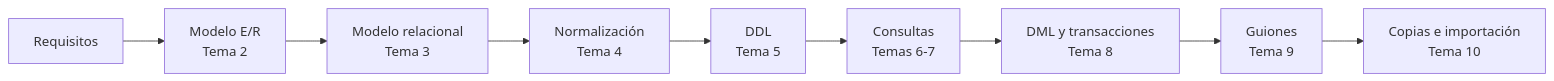
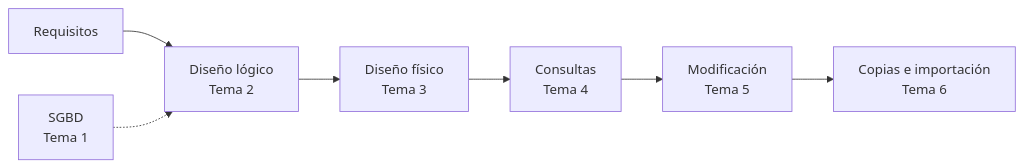
Before and after one commit to LorenaLResusta/GBD: the diagram in content.es/_index.md, drawn with Mermaid. The commit also changed other lines of this file and 134 other files, not shown here.

````diff
--- a/content.es/_index.md
+++ b/content.es/_index.md
@@ -24,11 +24,9 @@
 ```mermaid
 flowchart LR
-    A[Requisitos] --> B[Modelo E/R<br/>Tema 2]
-    B --> C[Modelo relacional<br/>Tema 3]
-    C --> D[Normalización<br/>Tema 4]
-    D --> E[DDL<br/>Tema 5]
-    E --> F[Consultas<br/>Temas 6-7]
-    F --> G[DML y transacciones<br/>Tema 8]
-    G --> H[Guiones<br/>Tema 9]
-    H --> J[Copias e importación<br/>Tema 10]
+    A[Requisitos] --> B[Diseño lógico<br/>Tema 2]
+    B --> C[Diseño físico<br/>Tema 3]
+    C --> D[Consultas<br/>Tema 4]
+    D --> E[Modificación<br/>Tema 5]
+    E --> F[Copias e importación<br/>Tema 6]
+    S[SGBD<br/>Tema 1] -.-> B
 ```
````
